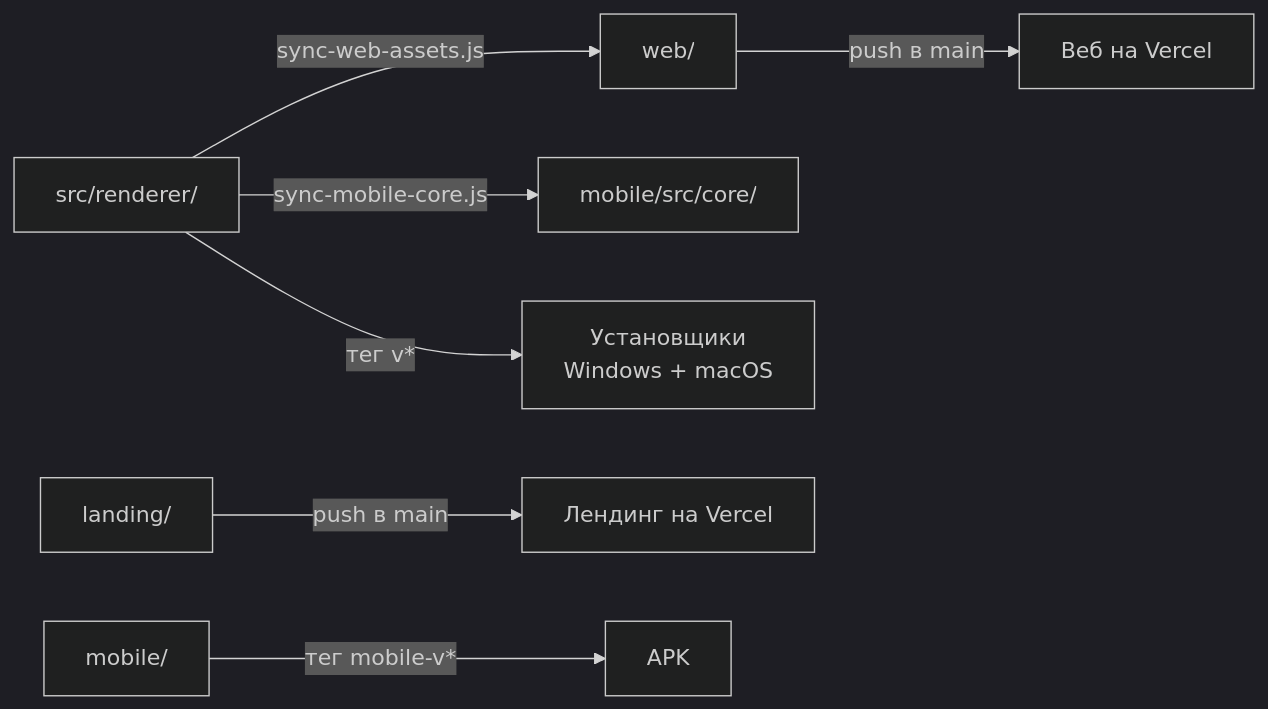
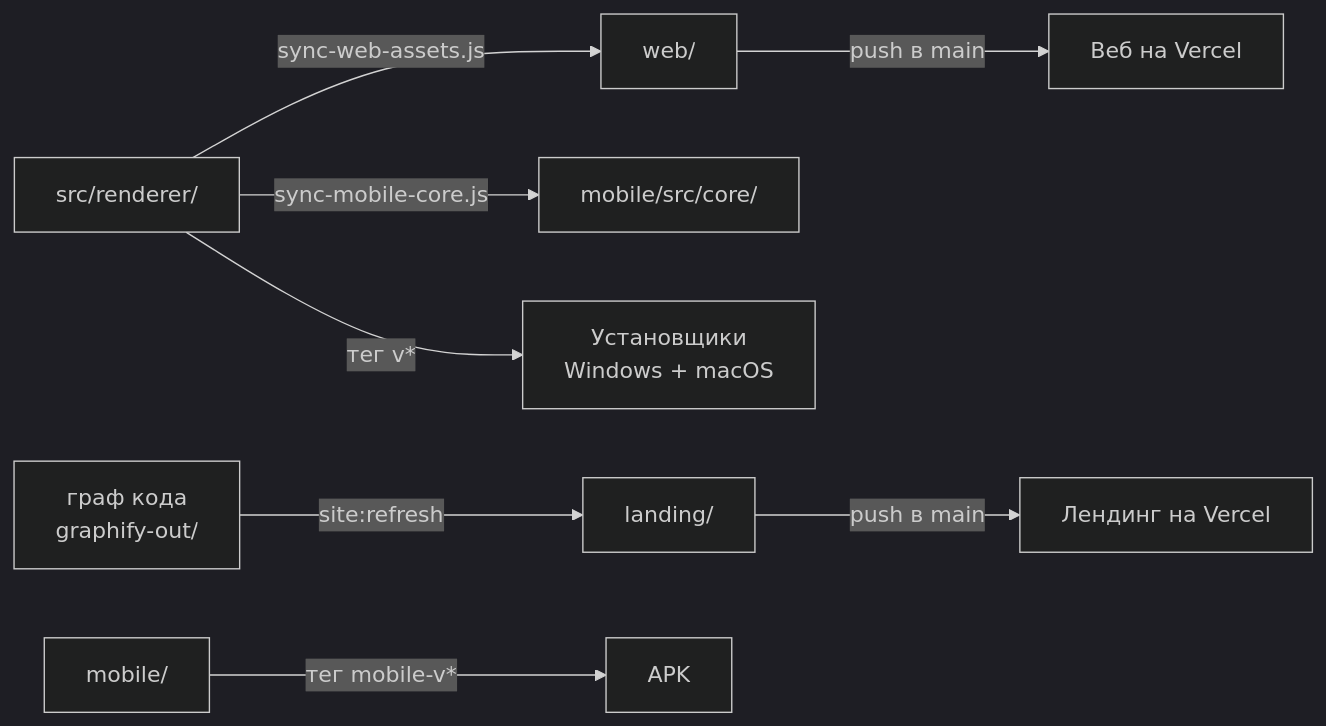
One commit to lancibleofficial/Lancible changed the second of 2 diagrams in ARCHITECTURE.md. Above: the diagram before and after it, drawn with Mermaid (dark theme). The commit also changed other lines of this file and 19 other files, not shown here.

First line of the commit message:
Граф кода на /graph, схема архитектуры приведена к коду

````diff
--- a/ARCHITECTURE.md
+++ b/ARCHITECTURE.md
@@ -173,9 +182,10 @@
 ```mermaid
 graph LR
     SRC["src/renderer/"] -->|"sync-web-assets.js"| WEBDIR["web/"]
     SRC -->|"sync-mobile-core.js"| MOBCORE["mobile/src/core/"]
     WEBDIR -->|"push в main"| VWEB["Веб на Vercel"]
+    GRAPH["граф кода<br/>graphify-out/"] -->|"site:refresh"| LAND
     LAND["landing/"] -->|"push в main"| VLAND["Лендинг на Vercel"]
     SRC -->|"тег v*"| REL["Установщики<br/>Windows + macOS"]
     MOBSRC["mobile/"] -->|"тег mobile-v*"| APK["APK"]
 ```
````
